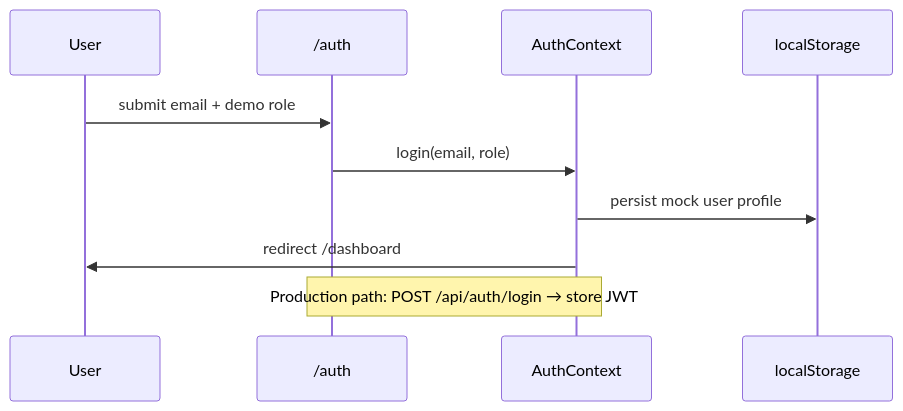
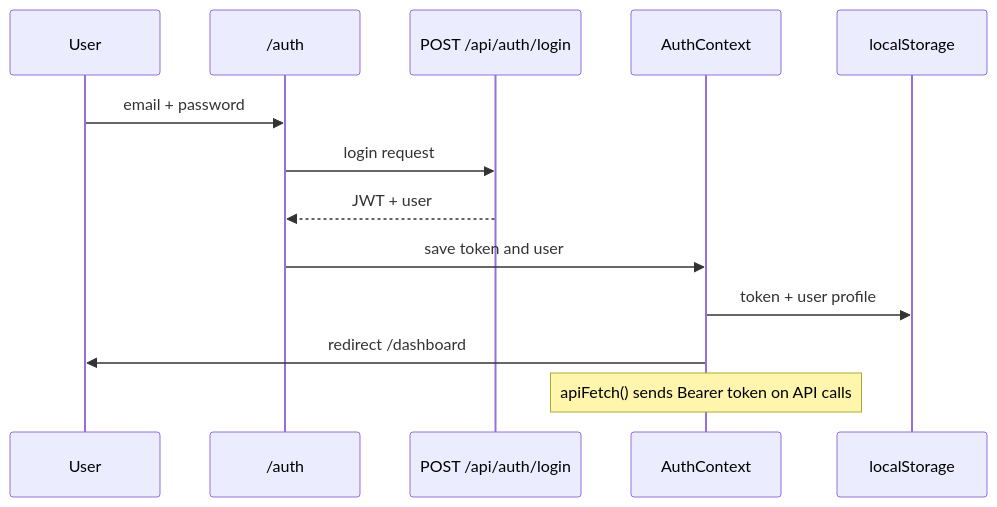
Before and after one commit to mohammad-al-samiul/worksync-full-stack: the sixth of 8 diagrams in GUIDE.md, drawn with Mermaid. The commit also changed other lines of this file and 11 other files, not shown here.

````diff
--- a/GUIDE.md
+++ b/GUIDE.md
@@ -308,13 +315,16 @@
 ```mermaid
 sequenceDiagram
     participant U as User
     participant AuthPage as /auth
+    participant API as POST /api/auth/login
     participant Ctx as AuthContext
     participant LS as localStorage
 
-    U->>AuthPage: submit email + demo role
-    AuthPage->>Ctx: login(email, role)
-    Ctx->>LS: persist mock user profile
+    U->>AuthPage: email + password
+    AuthPage->>API: login request
+    API-->>AuthPage: JWT + user
+    AuthPage->>Ctx: save token and user
+    Ctx->>LS: token + user profile
     Ctx->>U: redirect /dashboard
-    Note over AuthPage,Ctx: Production path: POST /api/auth/login → store JWT
+    Note over Ctx: apiFetch() sends Bearer token on API calls
 ```
````
